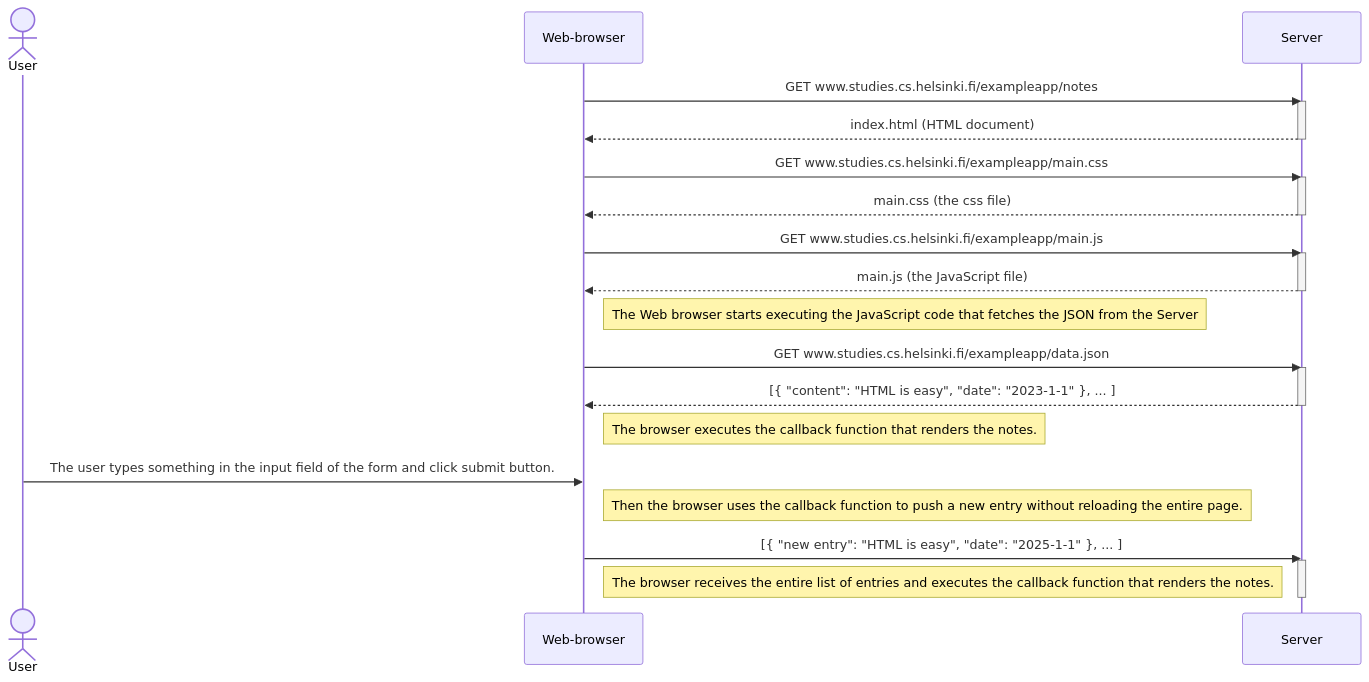
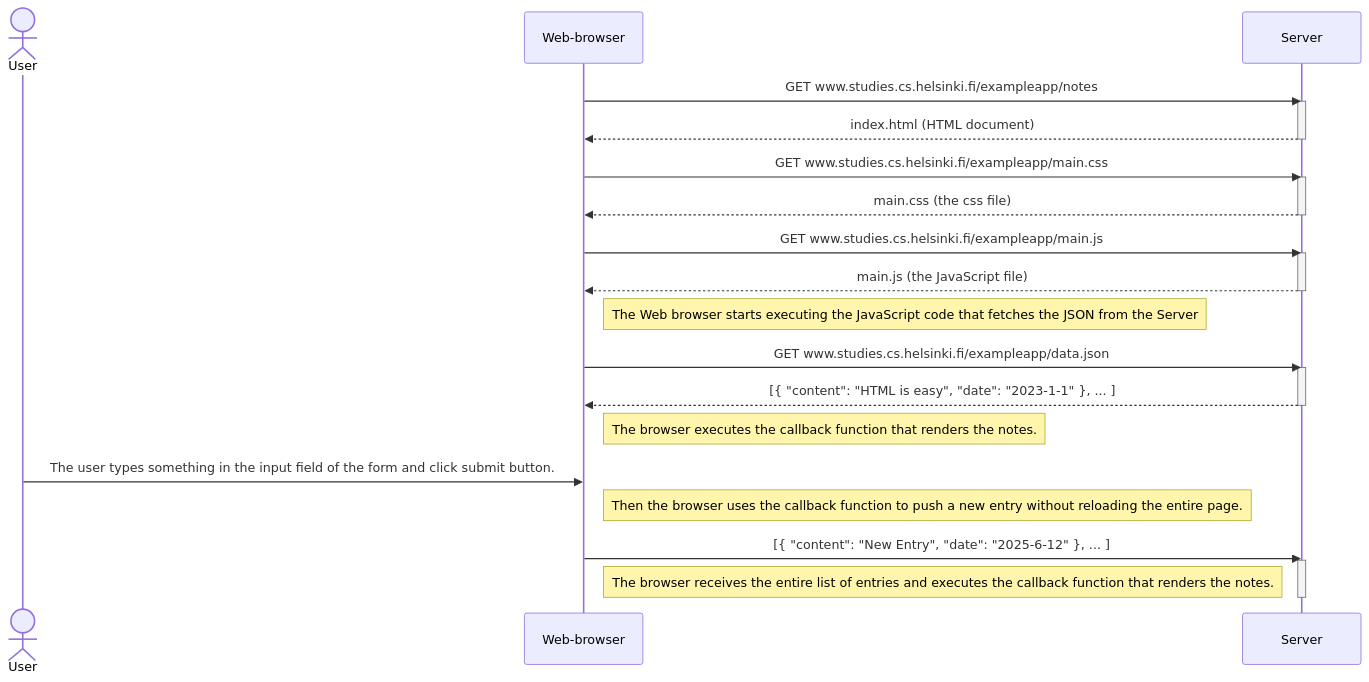
The diagram in Part0/0.4.MD (lonchanick/fullstackopen), drawn with Mermaid before and after one commit.

````diff
--- a/Part0/0.4.MD
+++ b/Part0/0.4.MD
@@ -1,42 +1,42 @@
 ```mermaid
 sequenceDiagram
 actor User
 participant Web-browser
 participant Server
 
 Web-browser->>Server: GET www.studies.cs.helsinki.fi/exampleapp/notes
 activate Server
 Server-->>Web-browser: index.html (HTML document)
 deactivate Server
 
 Web-browser->>Server: GET www.studies.cs.helsinki.fi/exampleapp/main.css
 activate Server
 Server-->>Web-browser: main.css (the css file)
 deactivate Server
 
 Web-browser->>Server: GET www.studies.cs.helsinki.fi/exampleapp/main.js
 activate Server
 Server-->>Web-browser: main.js (the JavaScript file)
 deactivate Server
 
 Note right of Web-browser: The Web browser starts executing the JavaScript code that fetches the JSON from the Server
 
 Web-browser->>Server: GET www.studies.cs.helsinki.fi/exampleapp/data.json
 activate Server
 Server-->>Web-browser: [{ "content": "HTML is easy", "date": "2023-1-1" }, ... ]
 deactivate Server
 
 Note right of Web-browser: The browser executes the callback function that renders the notes.
 
 
 User->>Web-browser: The user types something in the input field of the form and click submit button.
 activate User
 
 Note right of Web-browser: Then the browser uses the callback function to push a new entry without reloading the entire page.
 
-Web-browser->>Server: [{ "new entry": "HTML is easy", "date": "2025-1-1" }, ... ]
+Web-browser->>Server: [{ "content": "New Entry", "date": "2025-6-12" }, ... ]
 activate Server
 
 Note right of Web-browser: The browser receives the entire list of entries and executes the callback function that renders the notes.
 deactivate Server
 ```
````
